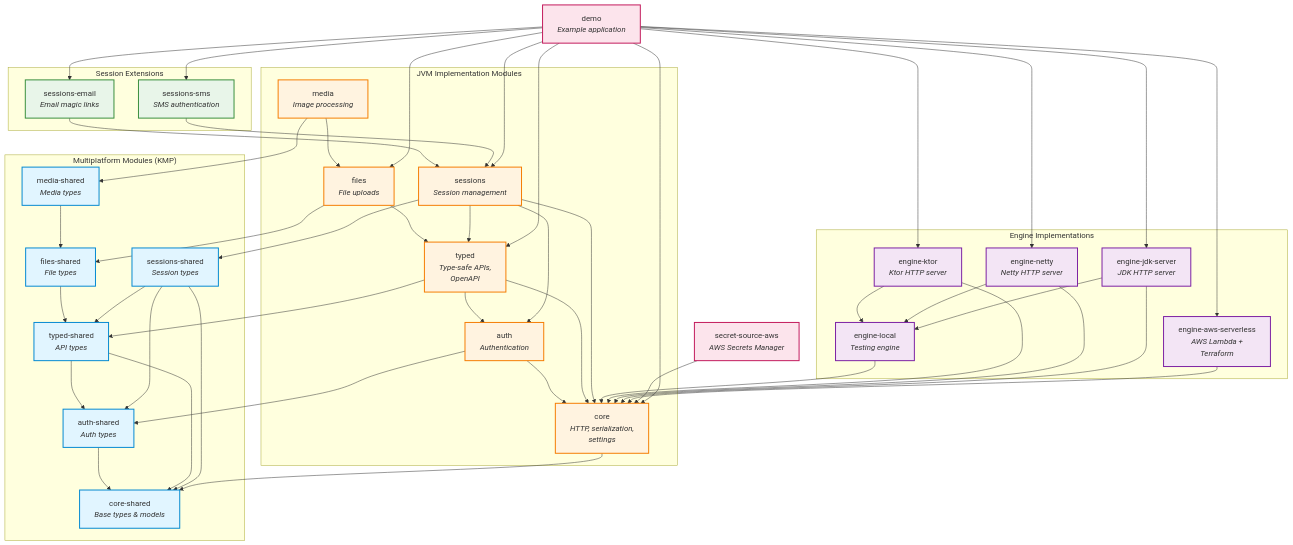
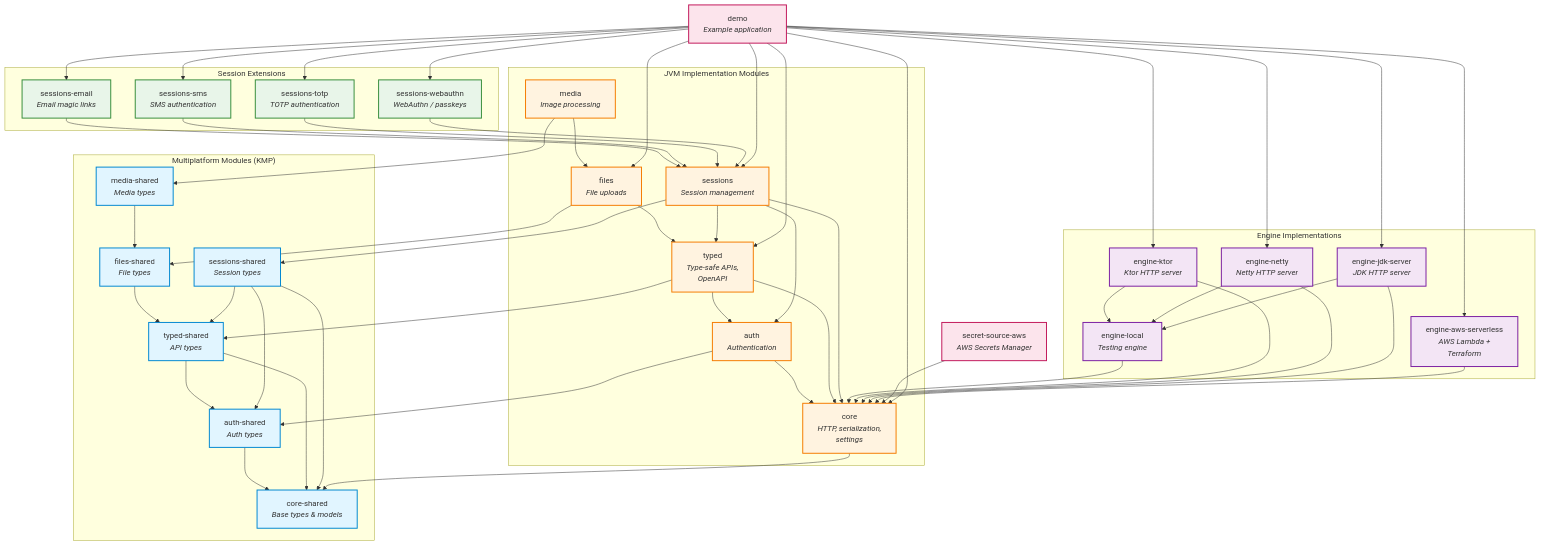
The diagram in docs/modules.md (lightningkite/lightning-server), drawn with Mermaid before and after one commit. The commit also changed other lines of this file and 18 other files, not shown here.

First line of the commit message:
Separate out TOTP and WebAuthN into their own modules

````diff
--- a/docs/modules.md
+++ b/docs/modules.md
@@ -30,6 +30,8 @@
     subgraph session-ext["Session Extensions"]
         sessions-email["sessions-email<br/><i>Email magic links</i>"]
         sessions-sms["sessions-sms<br/><i>SMS authentication</i>"]
+        sessions-totp["sessions-totp<br/><i>TOTP authentication</i>"]
+        sessions-webauthn["sessions-webauthn<br/><i>WebAuthn / passkeys</i>"]
     end
 
     %% Engine Modules
@@ -74,6 +76,8 @@
     %% Session extensions
     sessions-email --> sessions
     sessions-sms --> sessions
+    sessions-totp --> sessions
+    sessions-webauthn --> sessions
 
     %% Engine dependencies
     engine-local --> core
@@ -98,6 +102,8 @@
     demo --> sessions
     demo --> sessions-email
     demo --> sessions-sms
+    demo --> sessions-totp
+    demo --> sessions-webauthn
     demo --> files
 
     %% Styling
@@ -110,6 +116,6 @@
     class core-shared,auth-shared,typed-shared,files-shared,media-shared,sessions-shared sharedStyle
     class core,auth,typed,files,media,sessions jvmStyle
     class engine-local,engine-ktor,engine-netty,engine-jdk,engine-aws engineStyle
-    class sessions-email,sessions-sms sessionStyle
+    class sessions-email,sessions-sms,sessions-totp,sessions-webauthn sessionStyle
     class secret-source-aws,demo otherStyle
 ```
````
